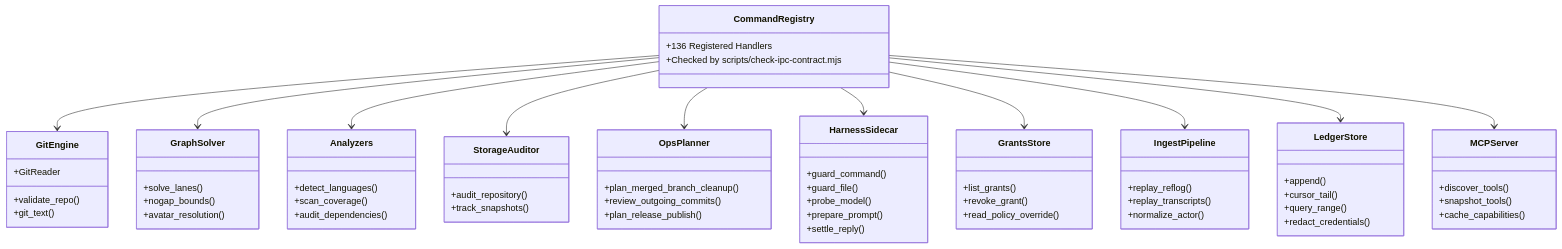
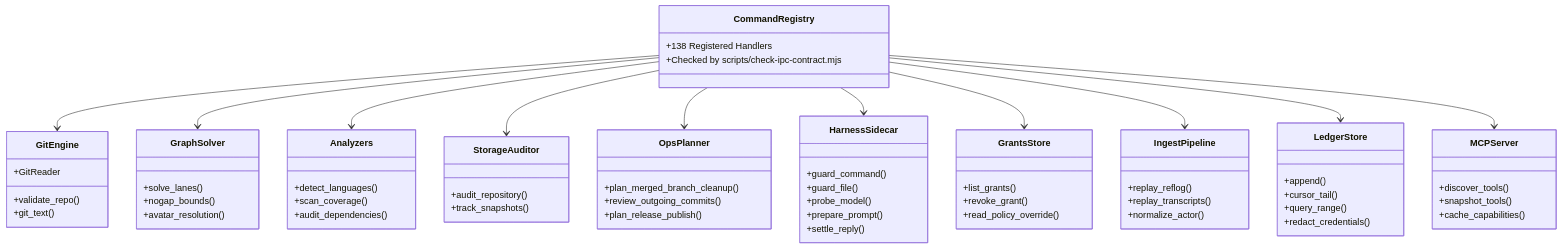
The third of 4 diagrams in docs/ARCHITECTURE.md (bharathvbcr/GitPulse), drawn with Mermaid before and after one commit. The commit also changed other lines of this file and 20 other files, not shown here.

````diff
--- a/docs/ARCHITECTURE.md
+++ b/docs/ARCHITECTURE.md
@@ -143,70 +143,70 @@
 ```mermaid
 classDiagram
     class CommandRegistry {
-        +136 Registered Handlers
+        +138 Registered Handlers
         +Checked by scripts/check-ipc-contract.mjs
     }
     class GitEngine {
         +validate_repo()
         +git_text()
         +GitReader
     }
     class GraphSolver {
         +solve_lanes()
         +nogap_bounds()
         +avatar_resolution()
     }
     class Analyzers {
         +detect_languages()
         +scan_coverage()
         +audit_dependencies()
     }
     class StorageAuditor {
         +audit_repository()
         +track_snapshots()
     }
     class GrantsStore {
         +list_grants()
         +revoke_grant()
         +read_policy_override()
     }
     class IngestPipeline {
         +replay_reflog()
         +replay_transcripts()
         +normalize_actor()
     }
     class LedgerStore {
         +append()
         +cursor_tail()
         +query_range()
         +redact_credentials()
     }
     class OpsPlanner {
         +plan_merged_branch_cleanup()
         +review_outgoing_commits()
         +plan_release_publish()
     }
     class MCPServer {
         +discover_tools()
         +snapshot_tools()
         +cache_capabilities()
     }
     class HarnessSidecar {
         +guard_command()
         +guard_file()
         +probe_model()
         +prepare_prompt()
         +settle_reply()
     }
 
     CommandRegistry --> GitEngine
     CommandRegistry --> GraphSolver
     CommandRegistry --> Analyzers
     CommandRegistry --> StorageAuditor
     CommandRegistry --> OpsPlanner
     CommandRegistry --> HarnessSidecar
     CommandRegistry --> GrantsStore
     CommandRegistry --> IngestPipeline
     CommandRegistry --> LedgerStore
     CommandRegistry --> MCPServer
 ```
````
